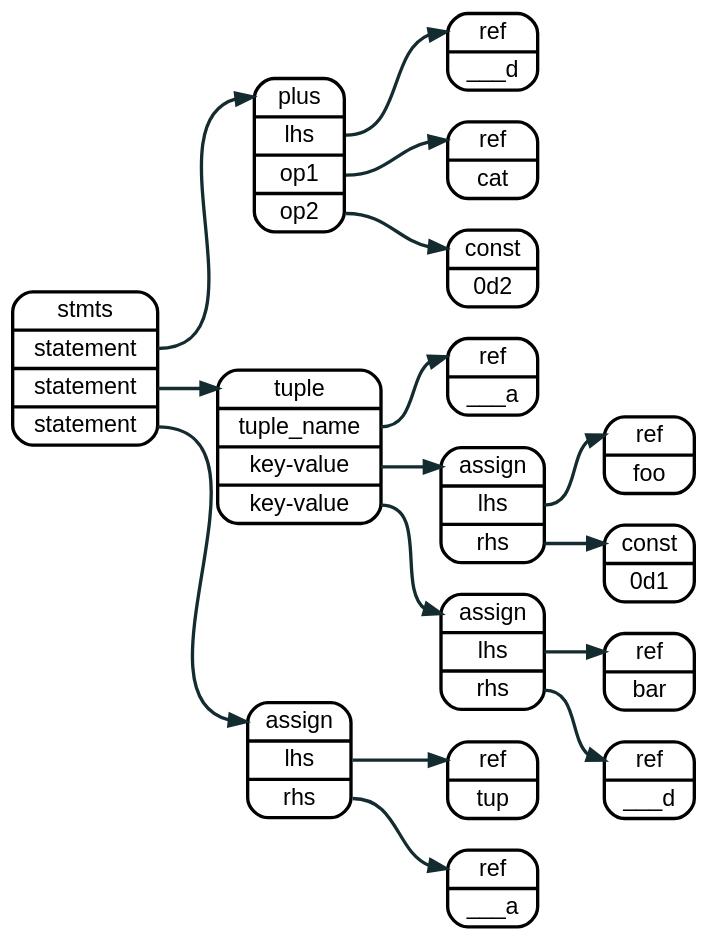
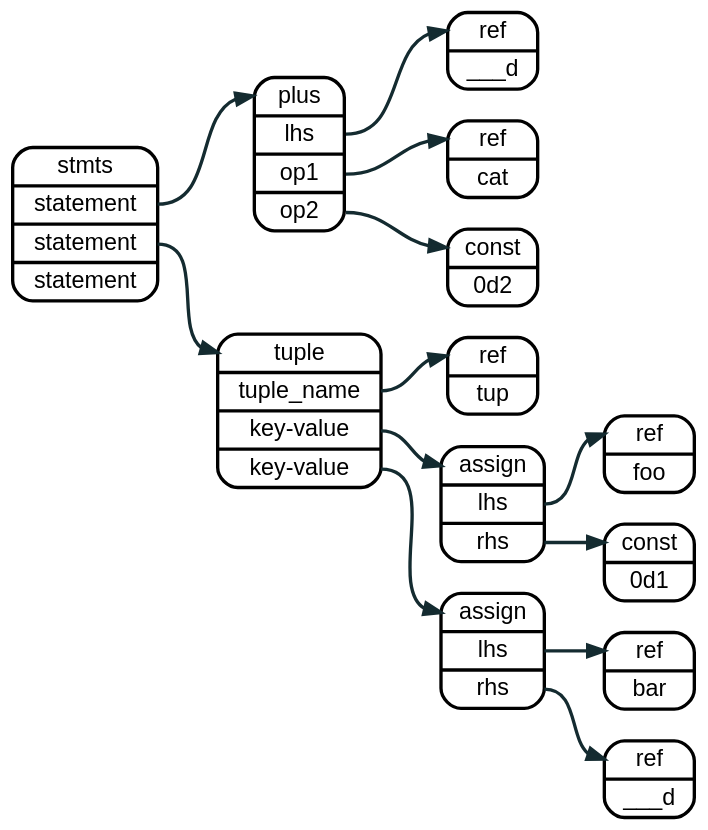
One commit to sakshi15108/lnast-doc changed the diagram in source/graphviz/tuple.dot. Above: the diagram before and after it, drawn with Graphviz. The commit also changed 4 other files, not shown here.

```diff
--- a/source/graphviz/tuple.dot
+++ b/source/graphviz/tuple.dot
@@ -1,58 +1,51 @@
 digraph assign {
   rankdir=LR
   bgcolor="transparent"
 
   node  [fontname = "helvetica", shape=record, style="rounded", penwidth = 2];
   edge  [fontname = "helvetica", color="#142b30", arrowhead="normal", penwidth = 2];
   graph [fontname = "helvetica"];
 
   
 
   node_0 [label = "<a> stmts | <s1> statement | <s2> statement | <s3> statement"];
 
   node_5 [label = "<a> plus | <l> lhs | <r1> op1 | <r2> op2 "];
   node_6 [label = "<a> ref   | <l> ___d"];
   node_7 [label = "<a> ref   | <l> cat"];
   node_8 [label = "<a> const   | <l> 0d2"];
 
   node_1 [label = "<a> tuple   | <n> tuple_name | <kv1> key-value | <kv2> key-value"]
-  node_1_1 [label = "<a> ref   | <l> ___a"];
+  node_1_1 [label = "<a> ref   | <l> tup"];
 
   node_2 [label = "<a> assign | <l> lhs  | <r> rhs"];
   node_3 [label = "<a> ref   | <l> foo"];
   node_4 [label = "<a> const | <l> 0d1"];
 
   node_9 [label = "<a> assign | <l> lhs  | <r> rhs"];
   node_a [label = "<a> ref    | <l> bar"];
   node_b [label = "<a> ref    | <l> ___d"];
 
 
-  node_f [label = "<a> assign | <l> lhs  | <r> rhs"];
-  node_g [label = "<a> ref   | <l> tup"];
-  node_h [label = "<a> ref   | <l> ___a"];
-
   node_0:s1  -> node_5:a
   node_0:s2  -> node_1:a;
-  node_0:s3  -> node_f:a;
   
 
   node_5:l  -> node_6:a;
   node_5:r1 -> node_7:a;
   node_5:r2 -> node_8:a;
 
 
   node_1:n  -> node_1_1:a;
   node_1:kv1 -> node_2:a;
   node_1:kv2 -> node_9:a;
 
   node_2:l -> node_3:a;
   node_2:r -> node_4:a;
   
   
   node_9:l -> node_a:a;
   node_9:r -> node_b:a;
 
-  node_f:l -> node_g:a;
-  node_f:r -> node_h:a;
 
 }
```
